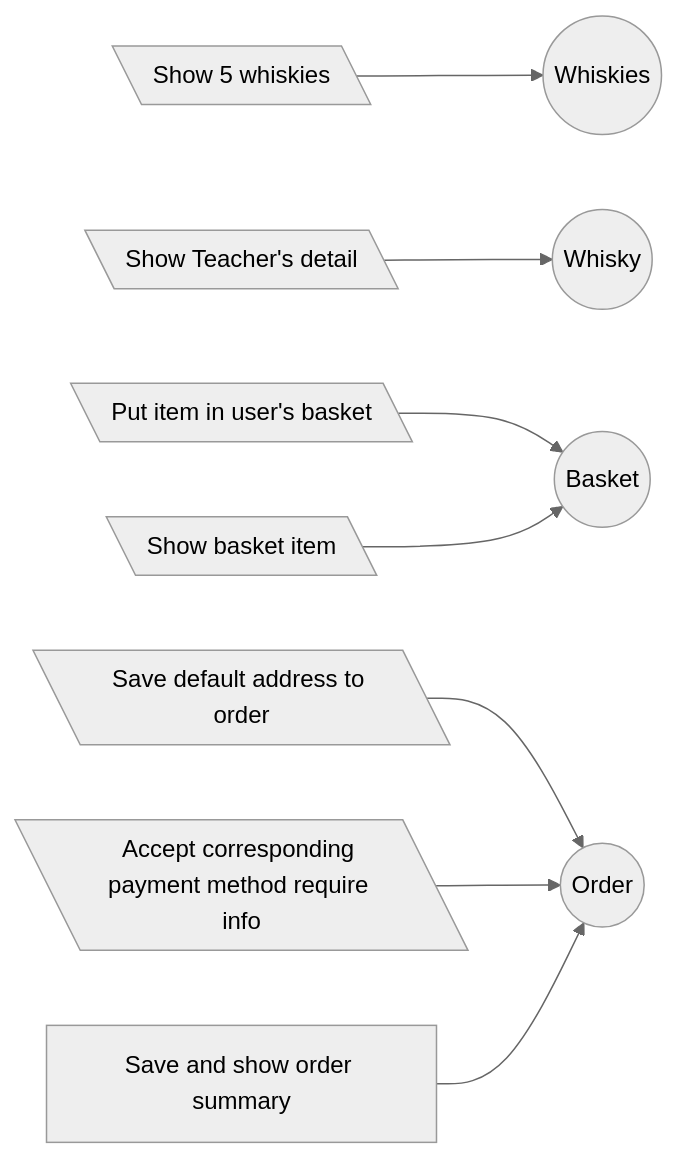
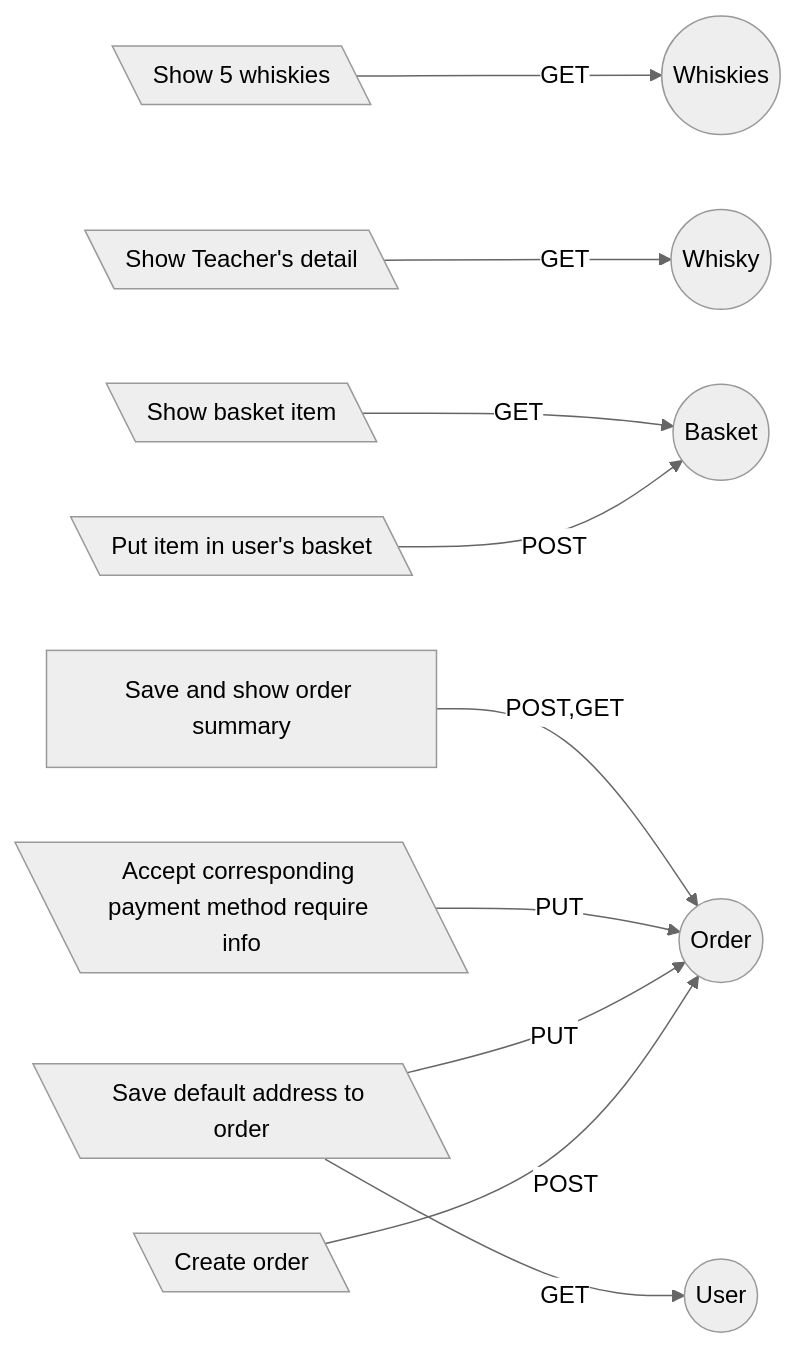
Before and after one commit to aniwat0554/assignment-java-boot-camp: the third of 3 diagrams in READMe.md, drawn with Mermaid (neutral theme). The commit also changed other lines of this file, not shown here.

Commit message:
add http verb to clarify action to entities

````diff
--- a/READMe.md
+++ b/READMe.md
@@ -24,10 +24,13 @@
 ```mermaid
     graph LR
-    Catalog[\"Show 5 whiskies"\] --> Whiskies((Whiskies))
-    Detail[\"Show Teacher's detail"\] --> Whisky(("Whisky"))
-    BasketPut[\"Put item in user's basket"\] --> Basket(("Basket"))
-    BasketShow[\Show basket item\] --> Basket((Basket)) 
-    Shipping[\"Save default address to order"\] --> Order(("Order"))
-    PaymentMethodSelect[\"Accept corresponding payment method require info"\]  --> Order(("Order"))
-    Confirm["Save and show order summary"] --> Order(("Order"))
+    Catalog[\"Show 5 whiskies"\] --> |GET| Whiskies((Whiskies))
+    Detail[\"Show Teacher's detail"\] -->|GET| Whisky(("Whisky"))
+    BasketPut[\"Put item in user's basket"\] -->|POST| Basket(("Basket"))
+    BasketShow[\Show basket item\] -->|GET| Basket((Basket)) 
+    Payment[\"Create order"\] --> |POST| Order(("Order"))
+    Shipping[\"Save default address to order"\] -->|GET| User(("User"))
+    Shipping[\"Save default address to order"\] -->|PUT| Order(("Order"))
+    
+    PaymentMethodSelect[\"Accept corresponding payment method require info"\]  -->|PUT| Order(("Order"))
+    Confirm["Save and show order summary"] -->|POST,GET| Order(("Order"))
 ```
````
